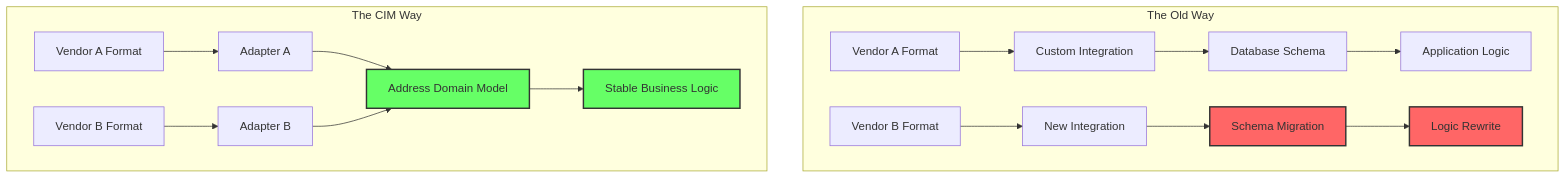
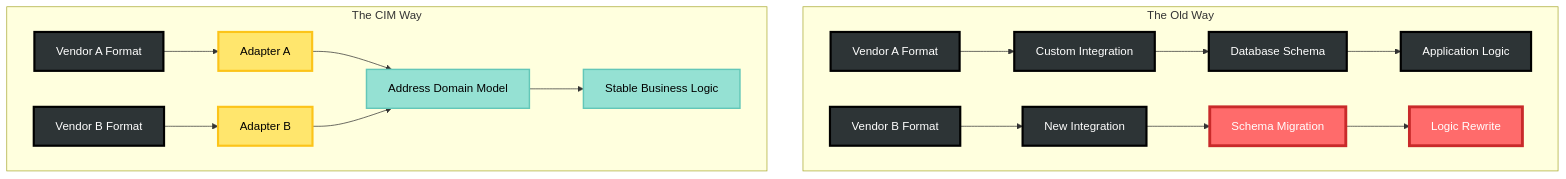
One commit to TheCowboyAI/cim changed the seventh of 8 diagrams in readme.md. Above: the diagram before and after it, drawn with Mermaid. The commit also changed other lines of this file and 12 other files, not shown here.

````diff
--- a/readme.md
+++ b/readme.md
@@ -260,28 +333,38 @@
 ```mermaid
 graph TD
     subgraph "The Old Way"
         A[Vendor A Format] --> B[Custom Integration]
         B --> C[Database Schema]
         C --> D[Application Logic]
         
         E[Vendor B Format] --> F[New Integration]
         F --> G[Schema Migration]
         G --> H[Logic Rewrite]
-        
-        style G fill:#f66,stroke:#333,stroke-width:2px
-        style H fill:#f66,stroke:#333,stroke-width:2px
     end
     
     subgraph "The CIM Way"
         I[Vendor A Format] --> J[Adapter A]
         K[Vendor B Format] --> L[Adapter B]
         
         J --> M[Address Domain Model]
         L --> M
         
         M --> N[Stable Business Logic]
-        
-        style M fill:#6f6,stroke:#333,stroke-width:2px
-        style N fill:#6f6,stroke:#333,stroke-width:2px
     end
+    
+    %% Styling - old way vs CIM way comparison
+    style A fill:#2D3436,stroke:#000,stroke-width:3px,color:#FFF
+    style B fill:#2D3436,stroke:#000,stroke-width:3px,color:#FFF
+    style C fill:#2D3436,stroke:#000,stroke-width:3px,color:#FFF
+    style D fill:#2D3436,stroke:#000,stroke-width:3px,color:#FFF
+    style E fill:#2D3436,stroke:#000,stroke-width:3px,color:#FFF
+    style F fill:#2D3436,stroke:#000,stroke-width:3px,color:#FFF
+    style G fill:#FF6B6B,stroke:#C92A2A,stroke-width:4px,color:#FFF
+    style H fill:#FF6B6B,stroke:#C92A2A,stroke-width:4px,color:#FFF
+    style I fill:#2D3436,stroke:#000,stroke-width:3px,color:#FFF
+    style J fill:#FFE66D,stroke:#FCC419,stroke-width:3px,color:#000
+    style K fill:#2D3436,stroke:#000,stroke-width:3px,color:#FFF
+    style L fill:#FFE66D,stroke:#FCC419,stroke-width:3px,color:#000
+    style M fill:#95E1D3,stroke:#63C7B8,stroke-width:2px,color:#000
+    style N fill:#95E1D3,stroke:#63C7B8,stroke-width:2px,color:#000
 ```
````
